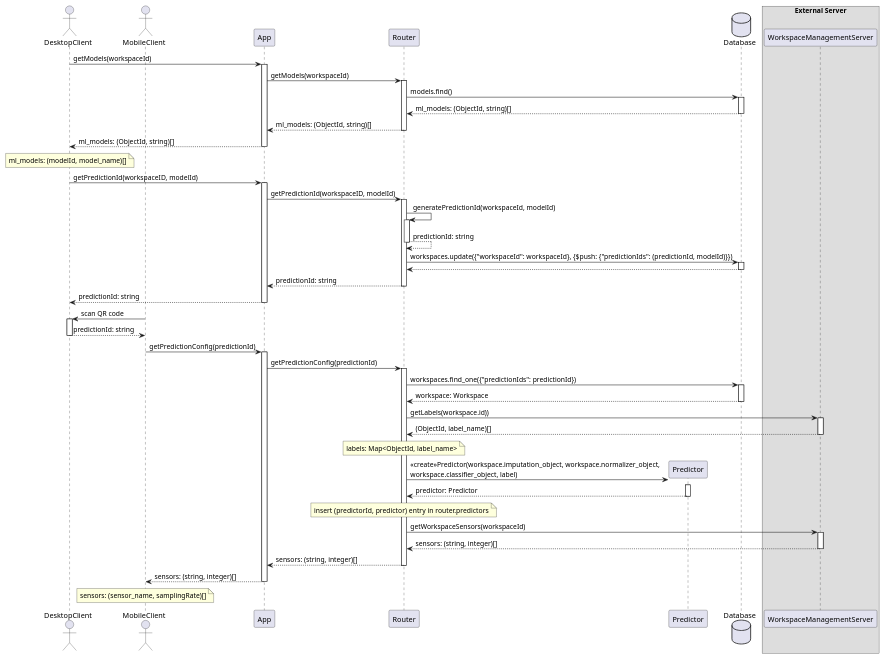
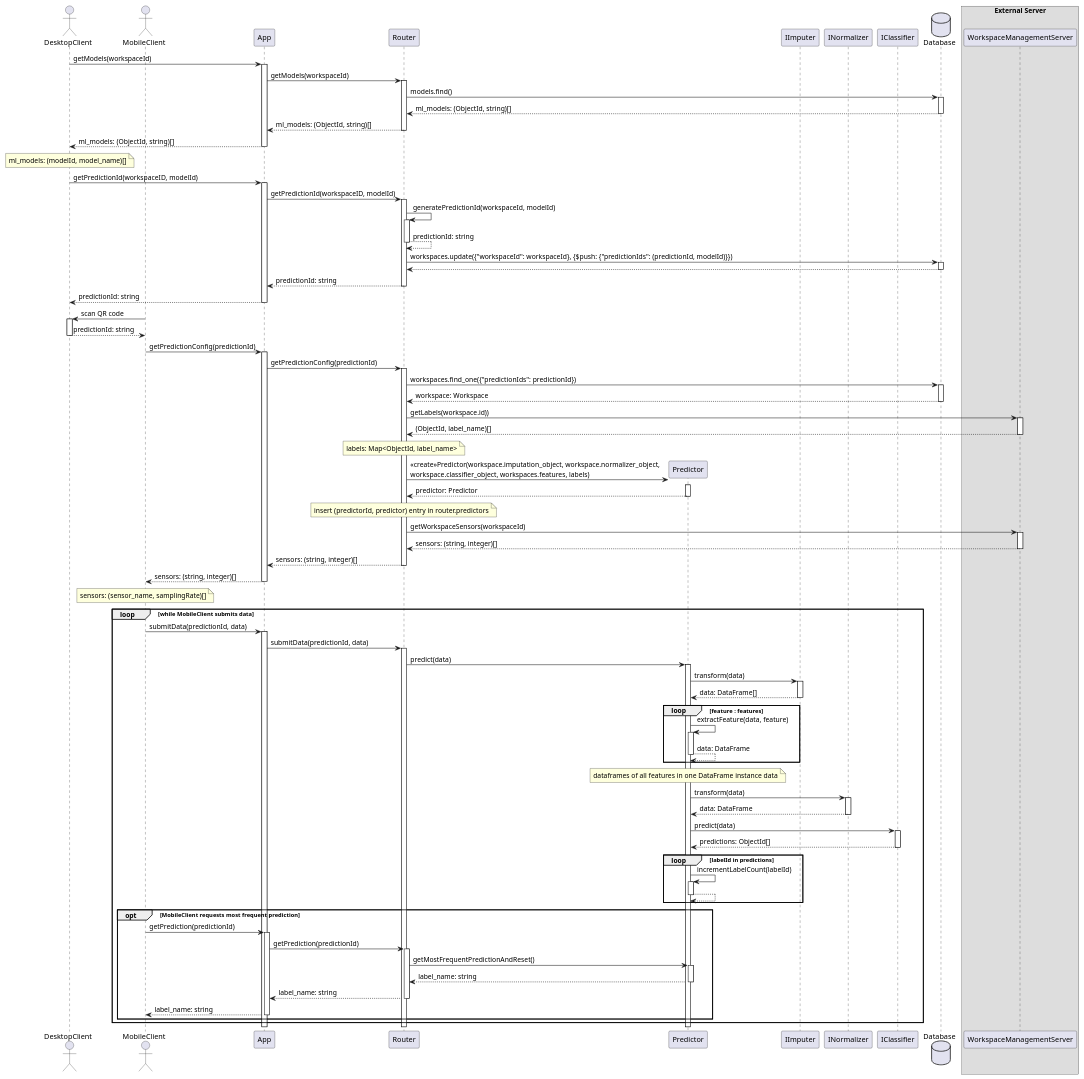
Before and after one commit to PSE-TECO-2020-TEAM1/e2e-ml_docs: the diagram in Design/sequence-diagrams/mobile-predict.pu, drawn with PlantUML. The commit also changed 4 other files, not shown here.

```diff
--- a/Design/sequence-diagrams/mobile-predict.pu
+++ b/Design/sequence-diagrams/mobile-predict.pu
@@ -1,61 +1,99 @@
 @startuml Mobile Client - Classifying Actions
 autoactivate on
 
 actor DesktopClient
 actor MobileClient
 participant App
 participant Router
 participant Predictor
+participant IImputer
+participant INormalizer
+participant IClassifier
 database Database
 box "External Server"
 participant WorkspaceManagementServer
 end box
 
 DesktopClient -> App: getModels(workspaceId)
 App -> Router: getModels(workspaceId)
 Router -> Database: models.find()
 return ml_models: (ObjectId, string)[]
 return ml_models: (ObjectId, string)[]
 return ml_models: (ObjectId, string)[]
 
 note over DesktopClient
     ml_models: (modelId, model_name)[]
 end note
 
 DesktopClient -> App: getPredictionId(workspaceID, modelId)
 App -> Router: getPredictionId(workspaceID, modelId)
 Router -> Router: generatePredictionId(workspaceId, modelId)
 return predictionId: string
 Router -> Database: workspaces.update({"workspaceId": workspaceId}, {$push: {"predictionIds": (predictionId, modelId)}})
 return
 return predictionId: string
 return predictionId: string
 
 MobileClient -> DesktopClient: scan QR code
 return predictionId: string
 
 MobileClient -> App: getPredictionConfig(predictionId)
 App -> Router : getPredictionConfig(predictionId)
 Router -> Database: workspaces.find_one({"predictionIds": predictionId})
 return workspace: Workspace
 Router -> WorkspaceManagementServer: getLabels(workspace.id))
 return (ObjectId, label_name)[]
 note over Router
     labels: Map<ObjectId, label_name>
 end note
 create Predictor
-Router -> Predictor: <<create>>Predictor(workspace.imputation_object, workspace.normalizer_object,\nworkspace.classifier_object, label)
+Router -> Predictor: <<create>>Predictor(workspace.imputation_object, workspace.normalizer_object,\nworkspace.classifier_object, workspaces.features, labels)
 return predictor: Predictor
 note over Router
     insert (predictorId, predictor) entry in router.predictors
 end note
 Router -> WorkspaceManagementServer: getWorkspaceSensors(workspaceId)
 return sensors: (string, integer)[]
 return sensors: (string, integer)[]
 return sensors: (string, integer)[]
 
 note over MobileClient
     sensors: (sensor_name, samplingRate)[]
 end note
 
+loop while MobileClient submits data
+    MobileClient -> App: submitData(predictionId, data)
+    App -> Router: submitData(predictionId, data)
+    Router -> Predictor: predict(data)
+    Predictor -> IImputer: transform(data)
+    return data: DataFrame[]
+    
+    loop feature : features
+        Predictor -> Predictor: extractFeature(data, feature)
+        return data: DataFrame
+    end
+    note over Predictor
+        dataframes of all features in one DataFrame instance data
+    end note
+
+    Predictor -> INormalizer: transform(data)
+    return data: DataFrame
+    Predictor -> IClassifier: predict(data)
+    return predictions: ObjectId[]
+
+    loop labelId in predictions
+        Predictor -> Predictor: incrementLabelCount(labelId)
+        return
+    end
+
+    opt MobileClient requests most frequent prediction
+        MobileClient -> App: getPrediction(predictionId)
+        App -> Router: getPrediction(predictionId)
+        Router -> Predictor: getMostFrequentPredictionAndReset()
+        return label_name: string
+        return label_name: string
+        return label_name: string
+    end
+end
+
 @enduml
```
